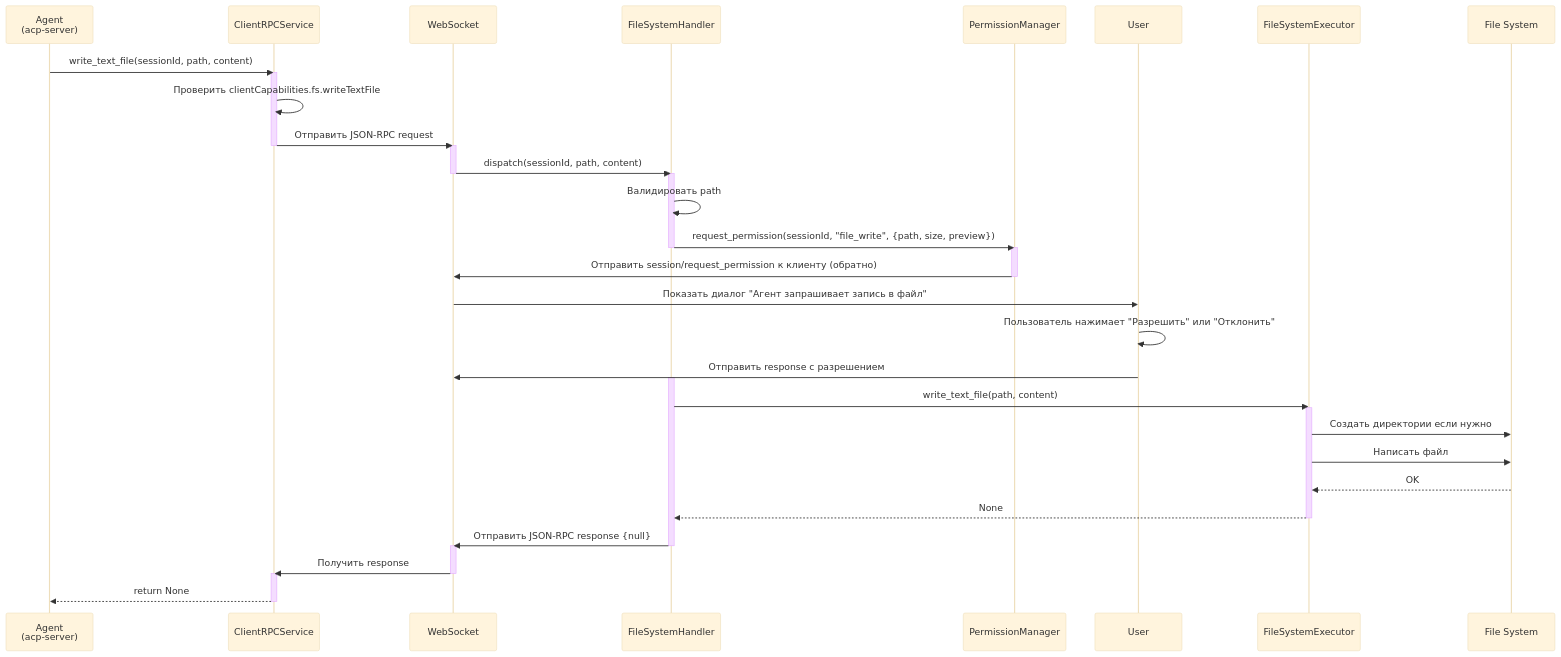
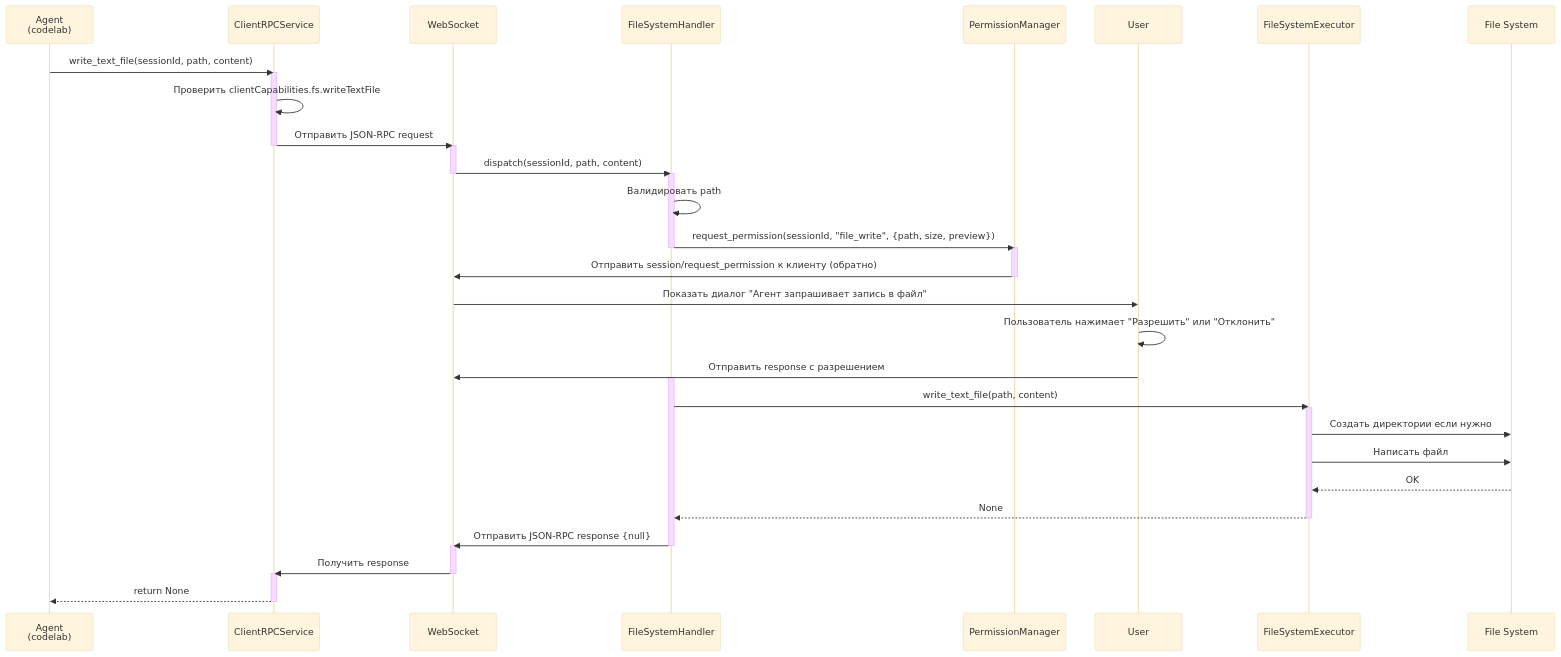
The fourth of 6 diagrams in doc/architecture/CLIENT_METHODS_ARCHITECTURE.md (pese-git/acp-workspace), drawn with Mermaid (base theme) before and after one commit. The commit also changed other lines of this file and 107 other files, not shown here.

````diff
--- a/doc/architecture/CLIENT_METHODS_ARCHITECTURE.md
+++ b/doc/architecture/CLIENT_METHODS_ARCHITECTURE.md
@@ -1571,57 +1571,57 @@
 ```mermaid
 sequenceDiagram
-    participant Agent as Agent<br/>(acp-server)
+    participant Agent as Agent<br/>(codelab)
     participant RPC as ClientRPCService
     participant Transport as WebSocket
     participant Handler as FileSystemHandler
     participant PermMgr as PermissionManager
     participant User as User
     participant Executor as FileSystemExecutor
     participant FS as File System
     
     Agent->>RPC: write_text_file(sessionId, path, content)
     
     activate RPC
     RPC->>RPC: Проверить clientCapabilities.fs.writeTextFile
     RPC->>Transport: Отправить JSON-RPC request
     deactivate RPC
     
     activate Transport
     Transport->>Handler: dispatch(sessionId, path, content)
     deactivate Transport
     
     activate Handler
     Handler->>Handler: Валидировать path
     
     Handler->>PermMgr: request_permission(sessionId, "file_write", {path, size, preview})
     deactivate Handler
     
     activate PermMgr
     PermMgr->>Transport: Отправить session/request_permission к клиенту (обратно)
     deactivate PermMgr
     
     Transport->>User: Показать диалог "Агент запрашивает запись в файл"
     User->>User: Пользователь нажимает "Разрешить" или "Отклонить"
     User->>Transport: Отправить response с разрешением
     
     activate Handler
     Handler->>Executor: write_text_file(path, content)
     
     activate Executor
     Executor->>FS: Создать директории если нужно
     Executor->>FS: Написать файл
     FS-->>Executor: OK
     Executor-->>Handler: None
     deactivate Executor
     
     Handler->>Transport: Отправить JSON-RPC response {null}
     deactivate Handler
     
     activate Transport
     Transport->>RPC: Получить response
     deactivate Transport
     
     activate RPC
     RPC-->>Agent: return None
     deactivate RPC
 ```
````
